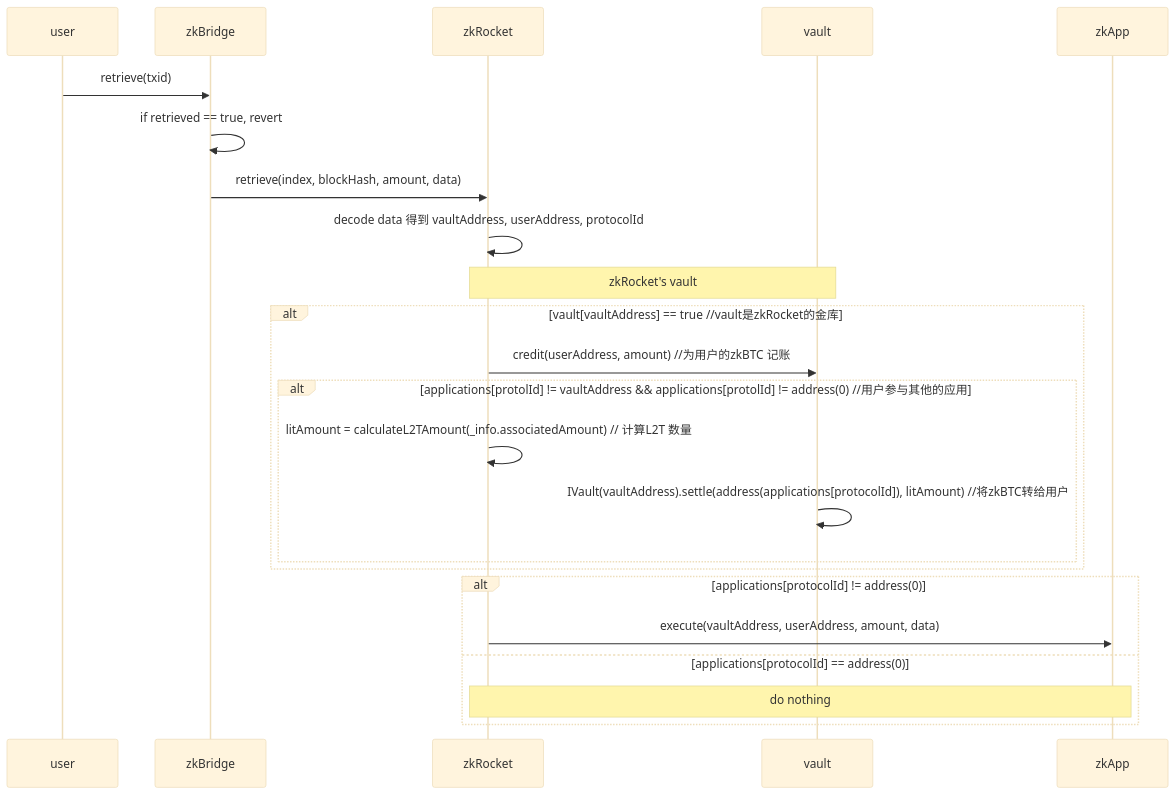
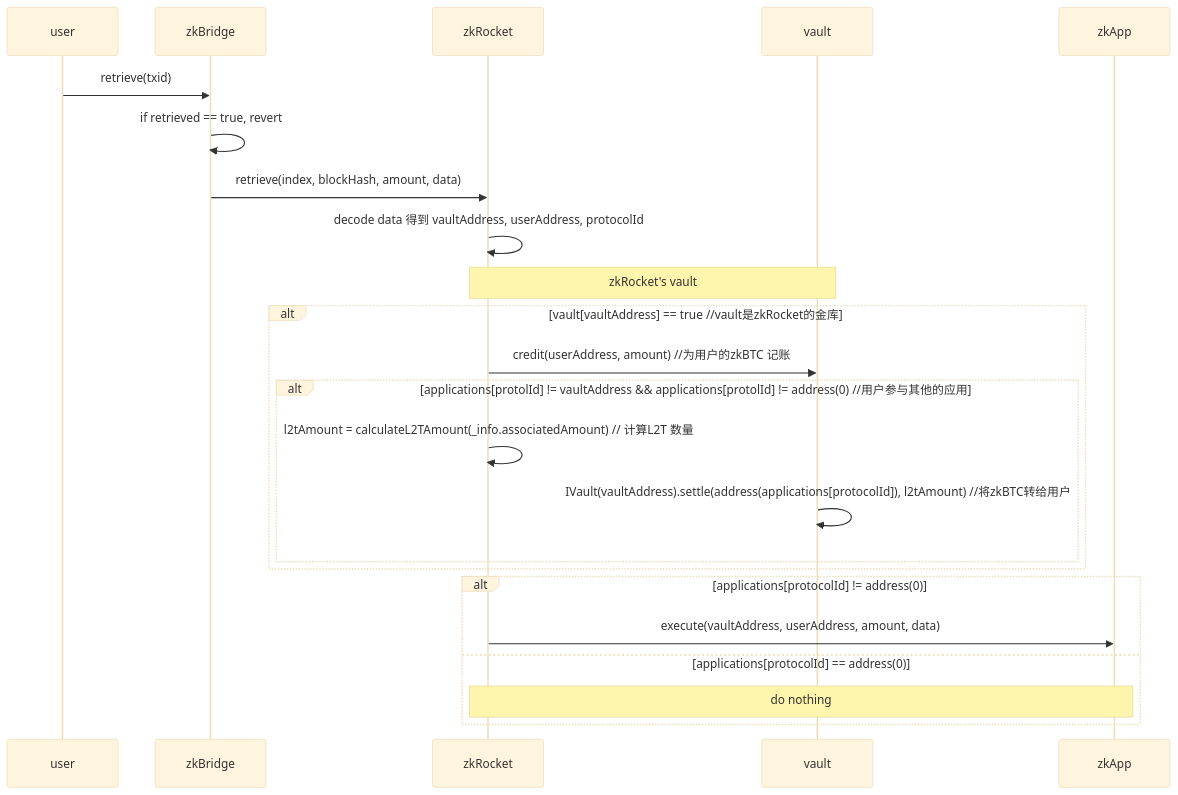
One commit to zkRocket/ZenKeeper changed the fourth of 4 diagrams in README.md. Above: the diagram before and after it, drawn with Mermaid (base theme). The commit also changed 2 other files, not shown here.

Commit message:
rename lit to l2t

````diff
--- a/README.md
+++ b/README.md
@@ -82,30 +82,30 @@
 ```mermaid
 sequenceDiagram
     participant user 
     participant zkBridge
     participant zkRocket
     participant vault
     participant zkApp 
 
 user ->> zkBridge: retrieve(txid)
 zkBridge ->> zkBridge: if retrieved == true, revert 
 zkBridge ->> zkRocket: retrieve(index, blockHash, amount, data)
 zkRocket ->> zkRocket: decode data 得到 vaultAddress, userAddress, protocolId
 Note over zkRocket, vault: zkRocket's vault 
 alt vault[vaultAddress] == true  //vault是zkRocket的金库
     zkRocket ->> vault: credit(userAddress, amount) //为用户的zkBTC 记账
     
     alt applications[protolId] != vaultAddress && applications[protolId] != address(0) //用户参与其他的应用
-        zkRocket->>zkRocket: litAmount = calculateL2TAmount(_info.associatedAmount)    // 计算L2T 数量
-        vault->>vault:  IVault(vaultAddress).settle(address(applications[protocolId]), litAmount) //将zkBTC转给用户
+        zkRocket->>zkRocket: l2tAmount = calculateL2TAmount(_info.associatedAmount)    // 计算L2T 数量
+        vault->>vault:  IVault(vaultAddress).settle(address(applications[protocolId]), l2tAmount) //将zkBTC转给用户
     end
 end 
 
 
 alt applications[protocolId] != address(0)
   zkRocket->>zkApp:  execute(vaultAddress, userAddress, amount, data)
 else applications[protocolId] == address(0)
   Note over zkRocket, zkApp: do nothing 
 end
 
 ```
````
